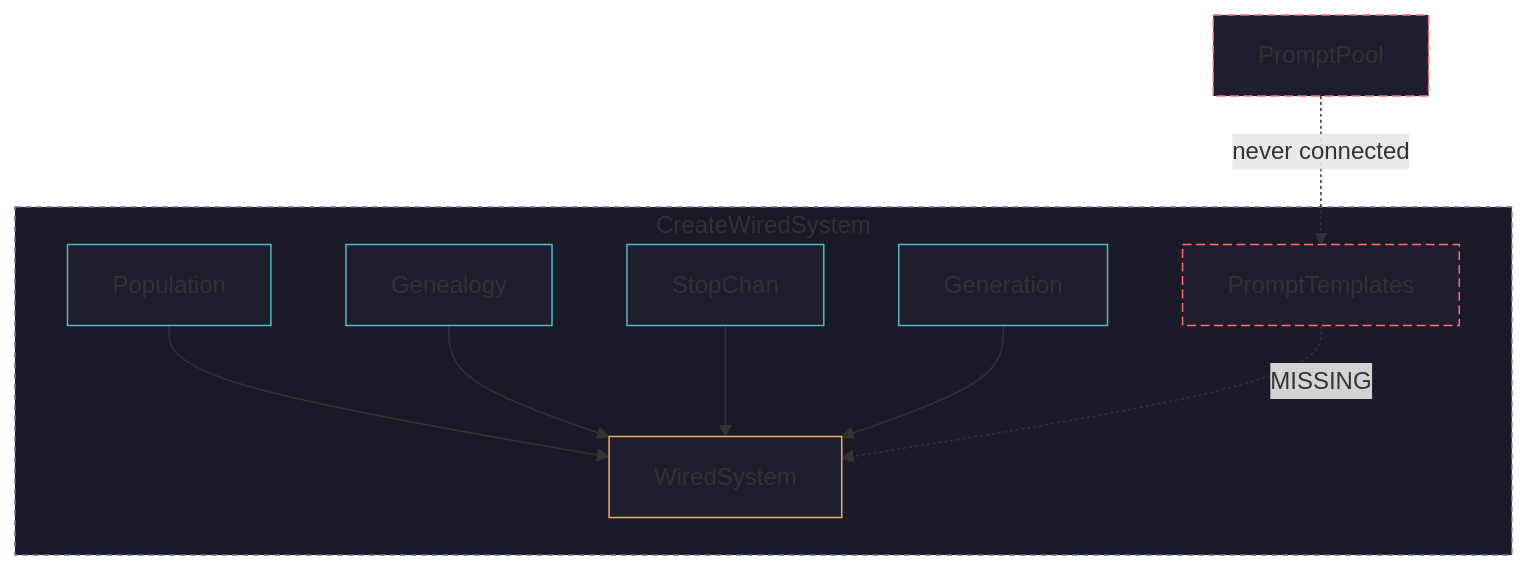
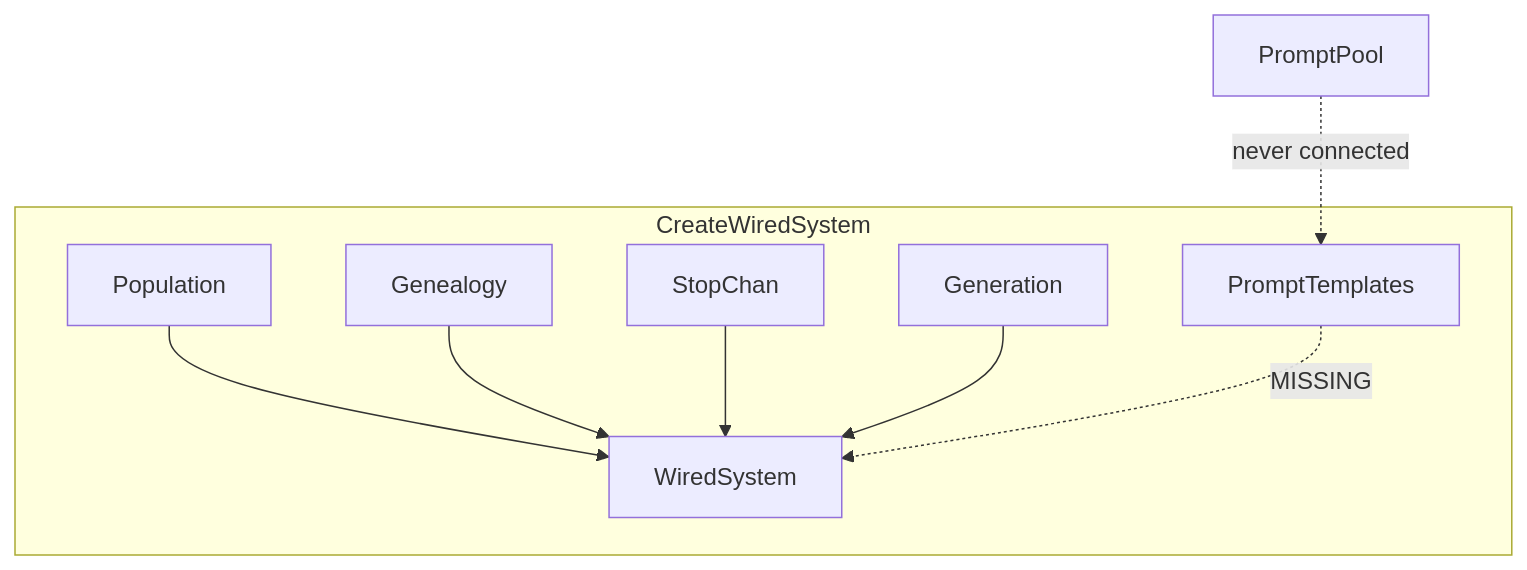
The first of 2 diagrams in content/log/ARES/24.6-ga-in-the-trenches.md (Timwood0x10/myblog), drawn with Mermaid before and after one commit. The commit also changed other lines of this file and 11 other files, not shown here.

Commit message:
refactor(theme): unify Mermaid chart theme styles

````diff
--- a/content/log/ARES/24.6-ga-in-the-trenches.md
+++ b/content/log/ARES/24.6-ga-in-the-trenches.md
@@ -358,21 +358,13 @@
 ```mermaid
 flowchart TD
     subgraph WS[CreateWiredSystem]
         A[Population] --> E[WiredSystem]
         B[Genealogy] --> E
         C[StopChan] --> E
         D[Generation] --> E
         X["PromptTemplates"] -.->|"MISSING"| E
     end
 
     PP[PromptPool] -.->|"never connected"| X
 
-    style X fill:#1e1e2e,stroke:#ff6e6e,stroke-dasharray:6 3
-    style PP fill:#1e1e2e,stroke:#ff6e6e,stroke-dasharray:6 3
-    style E fill:#1e1e2e,stroke:#e0af68
-    style A fill:#1e1e2e,stroke:#56b6c2
-    style B fill:#1e1e2e,stroke:#56b6c2
-    style C fill:#1e1e2e,stroke:#56b6c2
-    style D fill:#1e1e2e,stroke:#56b6c2
-    style WS fill:#1a1a28,stroke:#6272a4,stroke-dasharray:4 3
 ```
````
